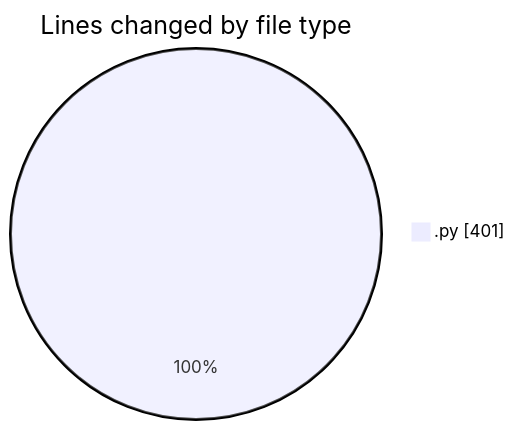
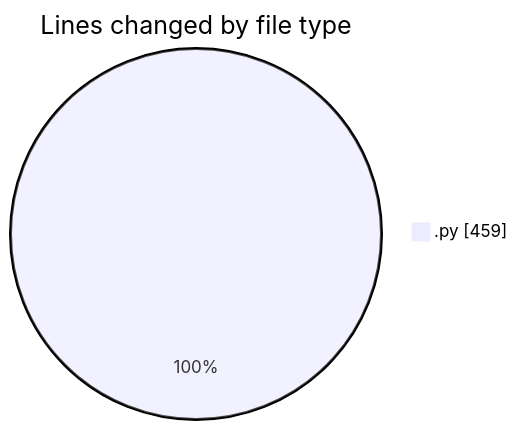
One commit to julien-gomy/code-tracking changed the first of 2 diagrams in 2025-10-17/eventscop-api-guide__workspace_/README.md. Above: the diagram before and after it, drawn with Mermaid. The commit also changed other lines of this file and 1 other file, not shown here.

````diff
--- a/2025-10-17/eventscop-api-guide__workspace_/README.md
+++ b/2025-10-17/eventscop-api-guide__workspace_/README.md
@@ -23,5 +23,5 @@
 ```mermaid
 pie showData
 title Lines changed by file type
-".py" : 401
+".py" : 459
 ```
````
